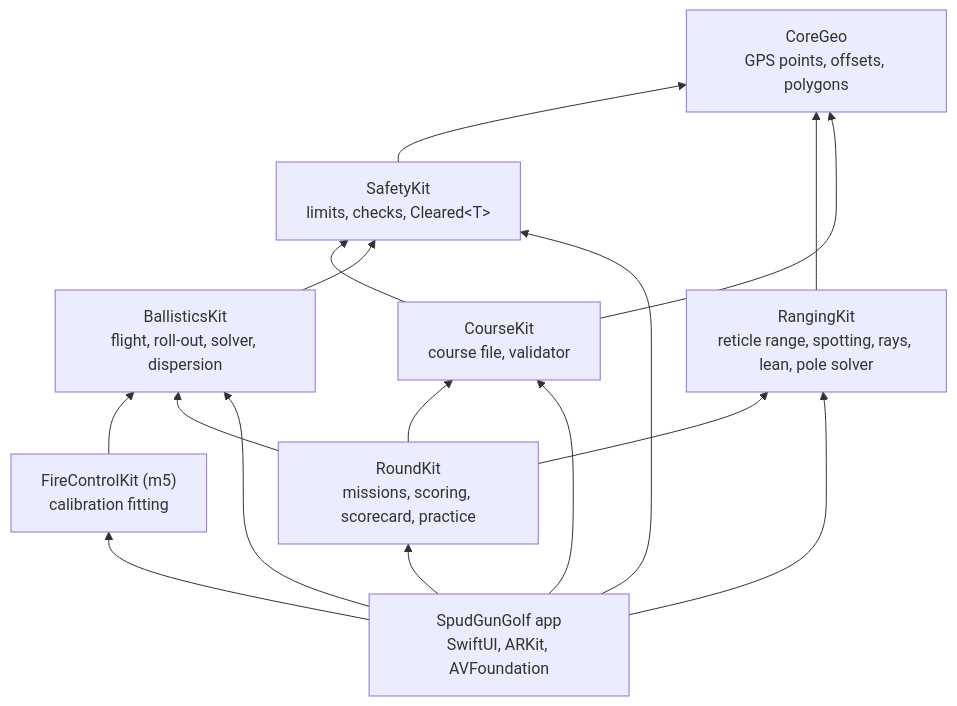
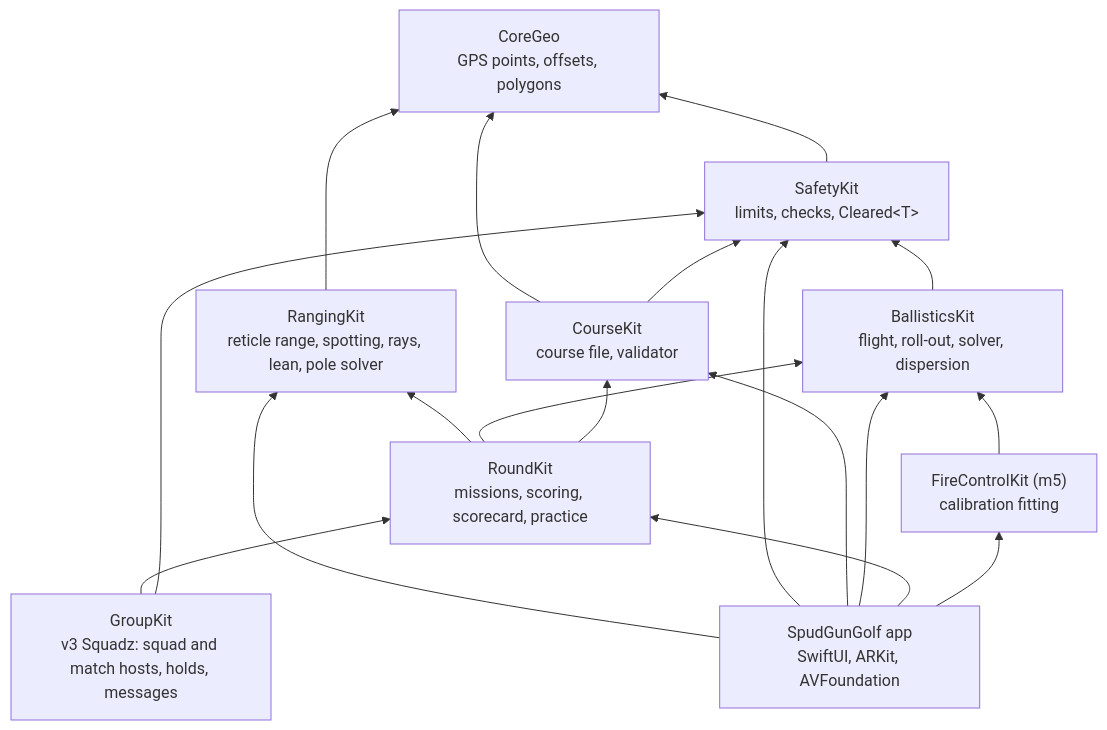
The first of 2 diagrams in docs/ARCHITECTURE.md (zacharyelston/BackyardBallistics), drawn with Mermaid before and after one commit. The commit also changed other lines of this file and 16 other files, not shown here.

First line of the commit message:
GroupKit: v3 Squadz squad and match hosts over a loopback transport (G2)

````diff
--- a/docs/ARCHITECTURE.md
+++ b/docs/ARCHITECTURE.md
@@ -7,26 +7,29 @@
 ```mermaid
 graph BT
   CoreGeo["CoreGeo<br/>GPS points, offsets, polygons"]
   SafetyKit["SafetyKit<br/>limits, checks, Cleared&lt;T&gt;"]
   RangingKit["RangingKit<br/>reticle range, spotting, rays, lean, pole solver"]
   CourseKit["CourseKit<br/>course file, validator"]
   BallisticsKit["BallisticsKit<br/>flight, roll-out, solver, dispersion"]
   FireControlKit["FireControlKit (m5)<br/>calibration fitting"]
   RoundKit["RoundKit<br/>missions, scoring, scorecard, practice"]
+  GroupKit["GroupKit<br/>v3 Squadz: squad and match hosts, holds, messages"]
   App["SpudGunGolf app<br/>SwiftUI, ARKit, AVFoundation"]
   SafetyKit --> CoreGeo
   RangingKit --> CoreGeo
   CourseKit --> CoreGeo
   CourseKit --> SafetyKit
   BallisticsKit --> SafetyKit
   FireControlKit --> BallisticsKit
   RoundKit --> RangingKit
   RoundKit --> BallisticsKit
   RoundKit --> CourseKit
+  GroupKit --> RoundKit
+  GroupKit --> SafetyKit
   App --> RangingKit
   App --> SafetyKit
   App --> CourseKit
   App --> BallisticsKit
   App --> RoundKit
   App --> FireControlKit
 ```
````
